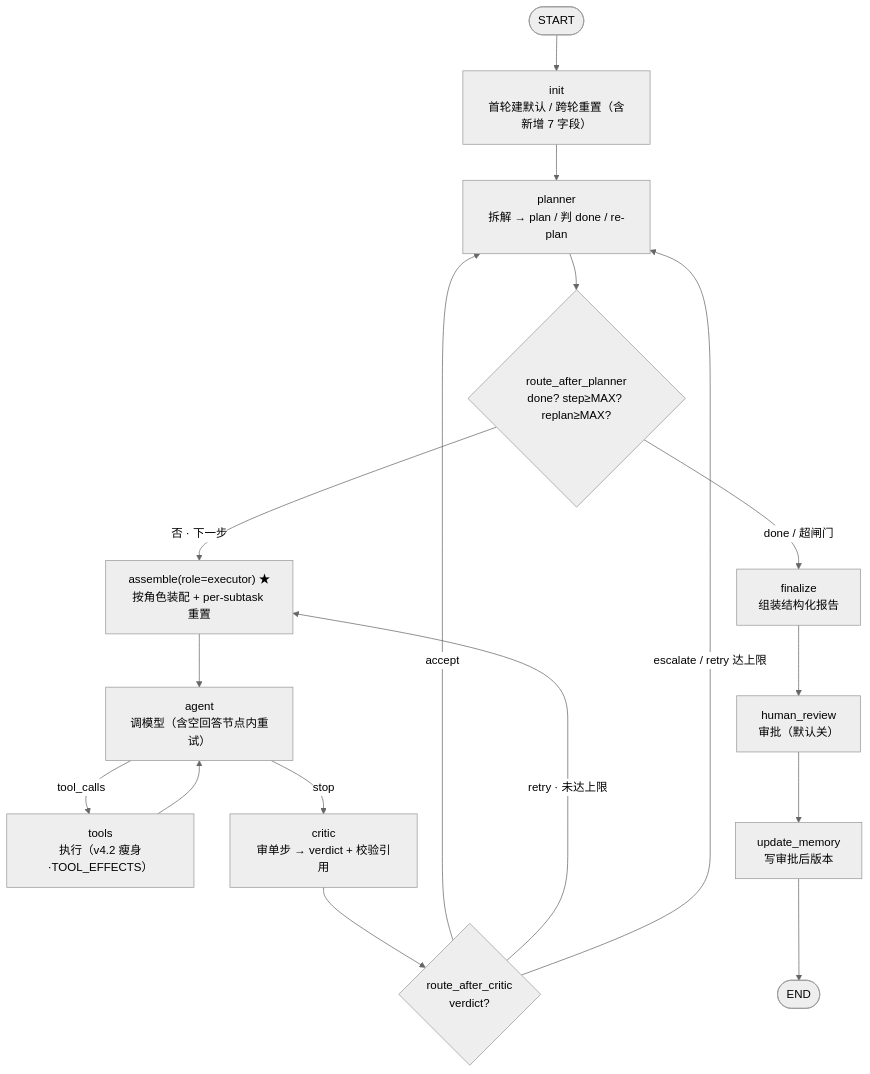
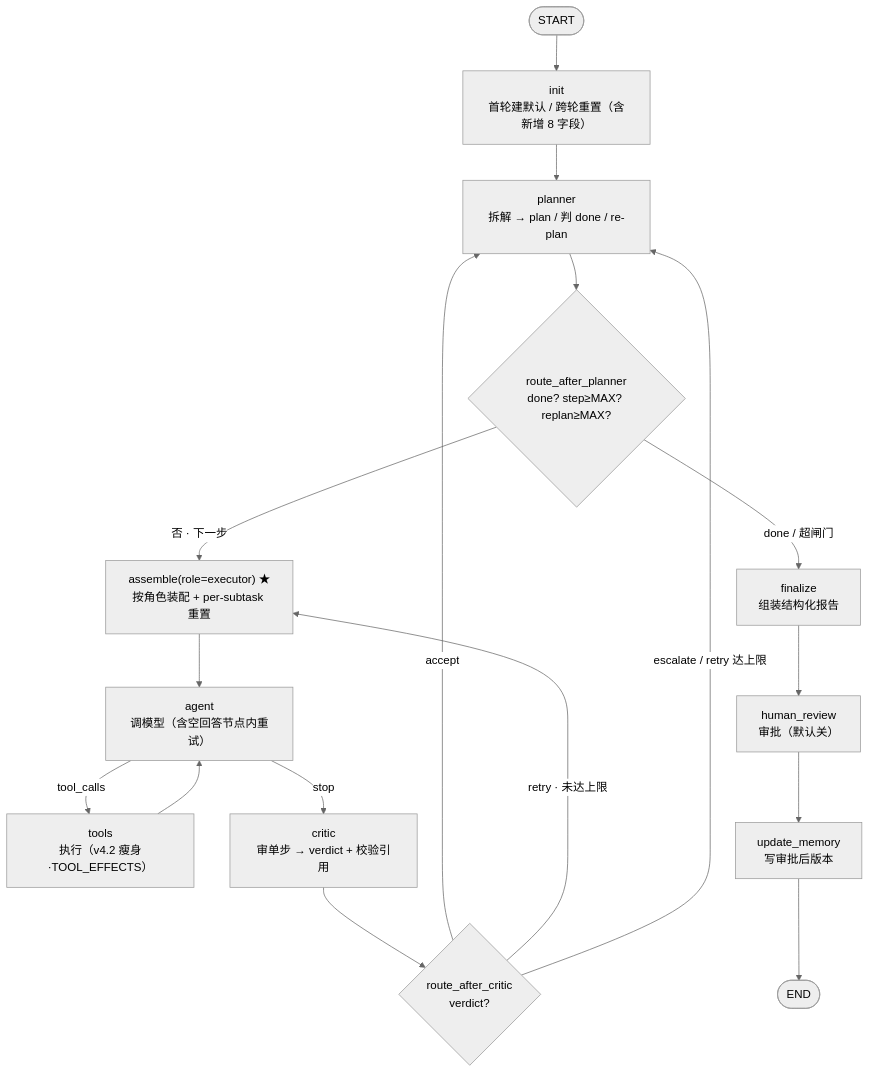
One commit to cczywyc/ai-agent-lab changed the diagram in week_7/docs/第七周设计草稿.md. Above: the diagram before and after it, drawn with Mermaid (neutral theme). The commit also changed other lines of this file, not shown here.

````diff
--- a/week_7/docs/第七周设计草稿.md
+++ b/week_7/docs/第七周设计草稿.md
@@ -119,20 +131,20 @@
 ```mermaid
 flowchart TD
-    START([START]) --> init["init<br/>首轮建默认 / 跨轮重置（含新增 7 字段）"]
+    START([START]) --> init["init<br/>首轮建默认 / 跨轮重置（含新增 8 字段）"]
     init --> planner["planner<br/>拆解 → plan / 判 done / re-plan"]
     planner --> P{"route_after_planner<br/>done? step≥MAX? replan≥MAX?"}
     P -->|"否 · 下一步"| assemble["assemble(role=executor) ★<br/>按角色装配 + per-subtask 重置"]
     P -->|"done / 超闸门"| finalize["finalize<br/>组装结构化报告"]
     assemble --> agent["agent<br/>调模型（含空回答节点内重试）"]
     agent -->|"tool_calls"| tools["tools<br/>执行（v4.2 瘦身·TOOL_EFFECTS）"]
     agent -->|"stop"| critic
     tools --> agent
     critic["critic<br/>审单步 → verdict + 校验引用"]
     critic --> C{"route_after_critic<br/>verdict?"}
     C -->|"accept"| planner
     C -->|"retry · 未达上限"| assemble
     C -->|"escalate / retry 达上限"| planner
     finalize --> review["human_review<br/>审批（默认关）"]
     review --> update["update_memory<br/>写审批后版本"]
     update --> END([END])
 ```
````
